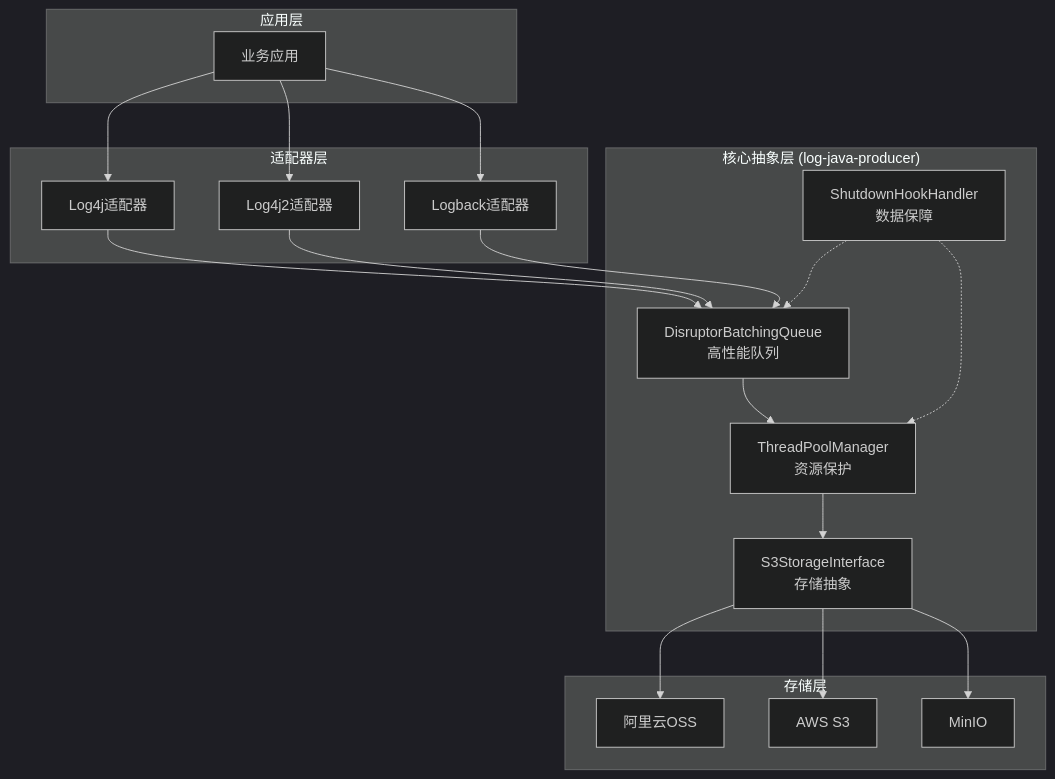
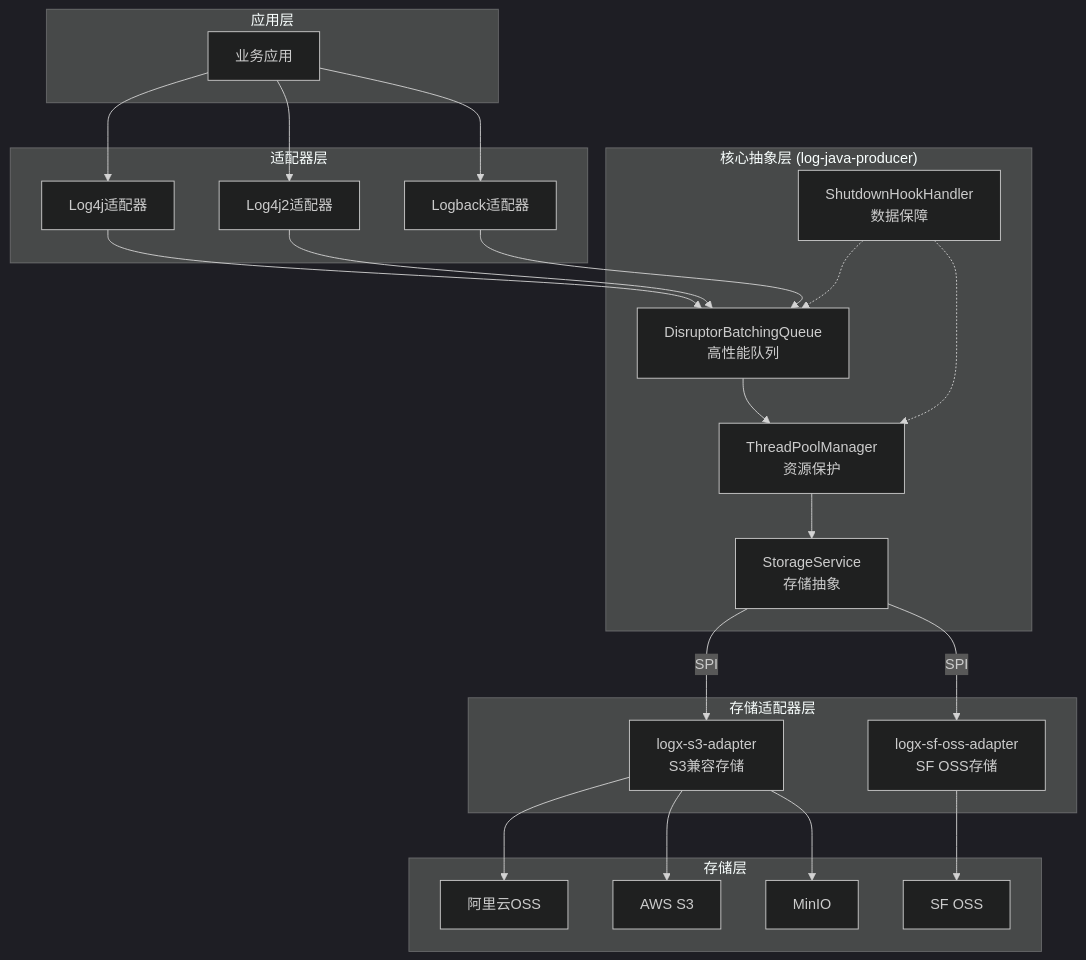
The second of 4 diagrams in docs/architecture.md (kzy77/logx-oss-appender), drawn with Mermaid (dark theme) before and after one commit. The commit also changed other lines of this file and 52 other files, not shown here.

````diff
--- a/docs/architecture.md
+++ b/docs/architecture.md
@@ -214,42 +236,52 @@
 ```mermaid
 graph TD
     subgraph "应用层"
         APP[业务应用]
     end
 
     subgraph "适配器层"
         L4J[Log4j适配器]
         L4J2[Log4j2适配器]
         LB[Logback适配器]
     end
 
     subgraph "核心抽象层 (log-java-producer)"
         DQ[DisruptorBatchingQueue<br/>高性能队列]
         TP[ThreadPoolManager<br/>资源保护]
         SH[ShutdownHookHandler<br/>数据保障]
-        S3I[S3StorageInterface<br/>存储抽象]
+        SS[StorageService<br/>存储抽象]
+    end
+    
+    subgraph "存储适配器层"
+        S3A[logx-s3-adapter<br/>S3兼容存储]
+        SFOA[logx-sf-oss-adapter<br/>SF OSS存储]
     end
 
     subgraph "存储层"
         OSS[阿里云OSS]
         S3[AWS S3]
         MIN[MinIO]
+        SFO[SF OSS]
     end
 
     APP --> L4J
     APP --> L4J2
     APP --> LB
 
     L4J --> DQ
     L4J2 --> DQ
     LB --> DQ
 
     DQ --> TP
-    TP --> S3I
+    TP --> SS
     SH -.-> DQ
     SH -.-> TP
 
-    S3I --> OSS
-    S3I --> S3
-    S3I --> MIN
+    SS -- SPI --> S3A
+    SS -- SPI --> SFOA
+
+    S3A --> OSS
+    S3A --> S3
+    S3A --> MIN
+    SFOA --> SFO
 ```
````
